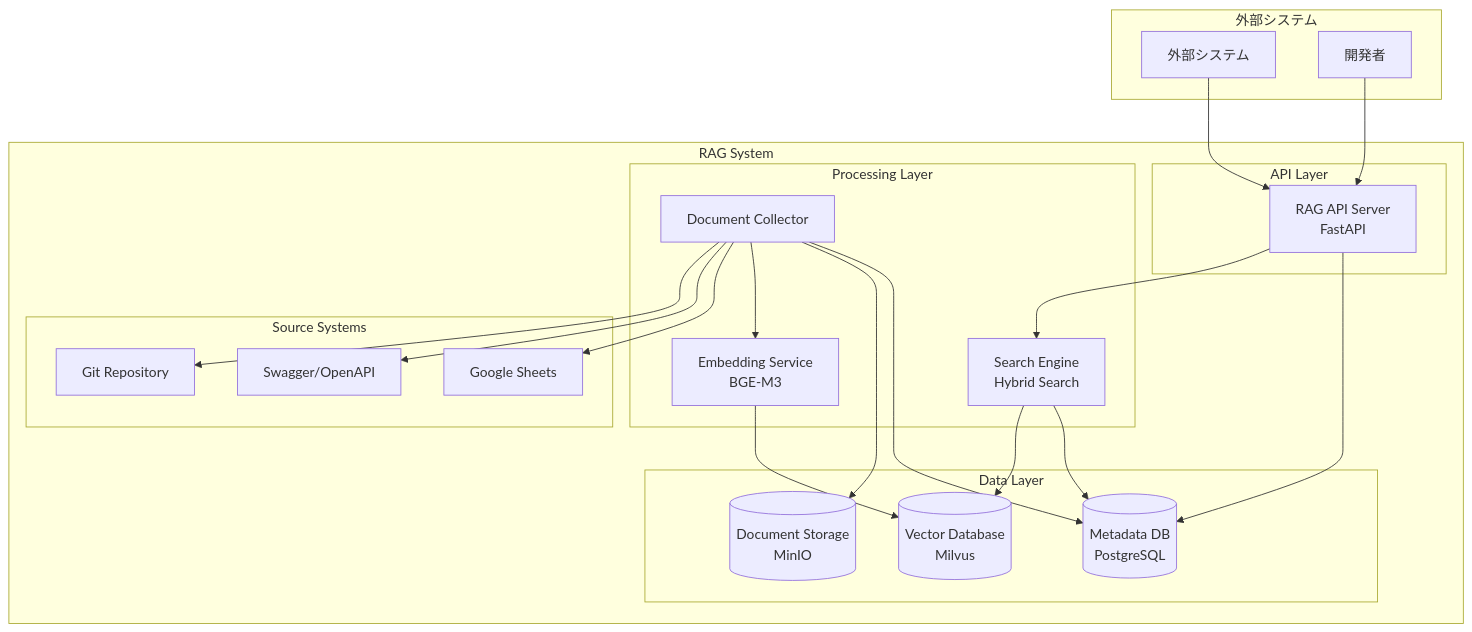
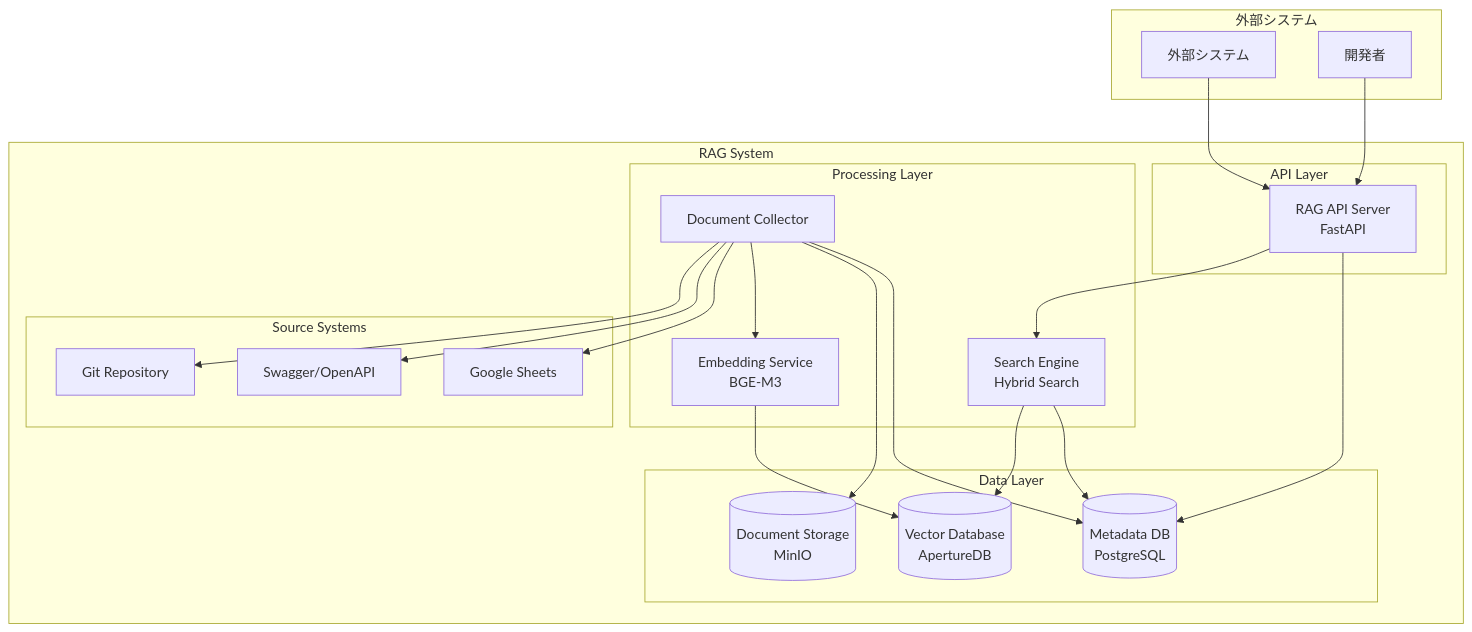
Before and after one commit to jangom2ok/spec_rag: the first of 4 diagrams in docs/develop/detailed_design/SystemArchitecture.md, drawn with Mermaid. The commit also changed other lines of this file and 69 other files, not shown here.

First line of the commit message:
Replace Milvus with ApertureDB for vector storage (#13)

````diff
--- a/docs/develop/detailed_design/SystemArchitecture.md
+++ b/docs/develop/detailed_design/SystemArchitecture.md
@@ -10,49 +10,49 @@
 ```mermaid
 graph TB
     subgraph "外部システム"
         API_CLIENT[外部システム]
         DEV_USER[開発者]
     end
 
     subgraph "RAG System"
         subgraph "API Layer"
             RAG_API[RAG API Server<br/>FastAPI]
         end
 
         subgraph "Processing Layer"
             DOC_COLLECTOR[Document Collector]
             EMBEDDING_SERVICE[Embedding Service<br/>BGE-M3]
             SEARCH_ENGINE[Search Engine<br/>Hybrid Search]
         end
 
         subgraph "Data Layer"
-            VECTOR_DB[(Vector Database<br/>Milvus)]
+            VECTOR_DB[(Vector Database<br/>ApertureDB)]
             METADATA_DB[(Metadata DB<br/>PostgreSQL)]
             DOC_STORAGE[(Document Storage<br/>MinIO)]
         end
 
         subgraph "Source Systems"
             GIT[Git Repository]
             SWAGGER[Swagger/OpenAPI]
             SHEETS[Google Sheets]
         end
     end
 
     API_CLIENT --> RAG_API
     DEV_USER --> RAG_API
 
     RAG_API --> SEARCH_ENGINE
     RAG_API --> METADATA_DB
 
     DOC_COLLECTOR --> GIT
     DOC_COLLECTOR --> SWAGGER
     DOC_COLLECTOR --> SHEETS
 
     DOC_COLLECTOR --> EMBEDDING_SERVICE
     EMBEDDING_SERVICE --> VECTOR_DB
     DOC_COLLECTOR --> DOC_STORAGE
     DOC_COLLECTOR --> METADATA_DB
 
     SEARCH_ENGINE --> VECTOR_DB
     SEARCH_ENGINE --> METADATA_DB
 ```
````
